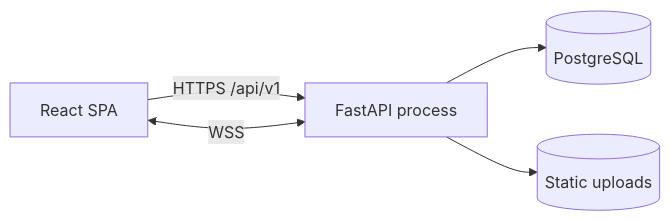
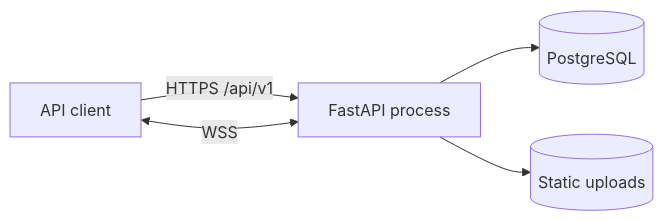
The second of 3 diagrams in docs/ARCHITECTURE.md (vietlhwork-arch/VinFast-Digital-Showroom), drawn with Mermaid before and after one commit. The commit also changed other lines of this file and 628 other files, not shown here.

````diff
--- a/docs/ARCHITECTURE.md
+++ b/docs/ARCHITECTURE.md
@@ -37,7 +37,7 @@
 ```mermaid
 flowchart LR
-    SPA[React SPA] -->|HTTPS /api/v1| App[FastAPI process]
-    SPA <-->|WSS| App
+    Client[API client] -->|HTTPS /api/v1| App[FastAPI process]
+    Client <-->|WSS| App
     App --> SQL[(PostgreSQL)]
     App --> Files[(Static uploads)]
 ```
````
